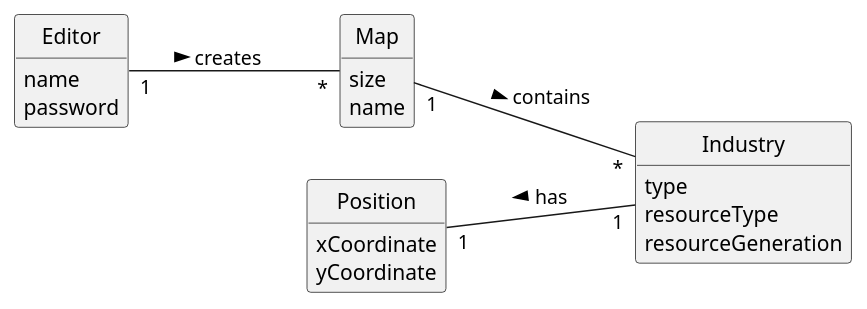
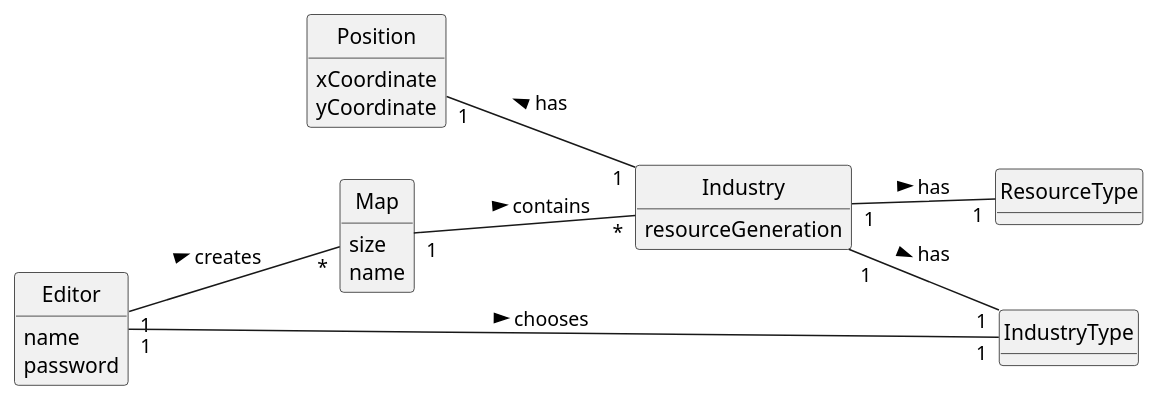
The diagram in Sprint2/US002/02.analysis/puml/US002-DM.puml (1240935/pi2-railway-simulator), drawn with PlantUML before and after one commit. The commit also changed 1 other file, not shown here.

```diff
--- a/Sprint2/US002/02.analysis/puml/US002-DM.puml
+++ b/Sprint2/US002/02.analysis/puml/US002-DM.puml
@@ -1,37 +1,42 @@
 @startuml
 skinparam monochrome true
 skinparam packageStyle rectangle
 skinparam shadowing false
 'skinparam linetype ortho
 'left to right direction
 skinparam classAttributeIconSize 0
 hide circle
 hide methods
 
 left to right direction
 
 class Editor {
     name
     password
 }
 
 class Map {
     size
     name
 }
 
 class Industry {
-    type
-    resourceType
-    resourceGeneration
+   resourceGeneration
+}
+class IndustryType{
+}
+class ResourceType{
 }
 
 class Position{
     xCoordinate
     yCoordinate
 }
 
 Editor "1" -- "*" Map: creates >
 Map "1" -- "*" Industry: contains >
 Position "1" -- "1" Industry: has <
+Industry "1" -- "1" IndustryType: has >
+Industry "1" -- "1" ResourceType: has >
+Editor "1" -- "1" IndustryType: chooses >
 @enduml
```
